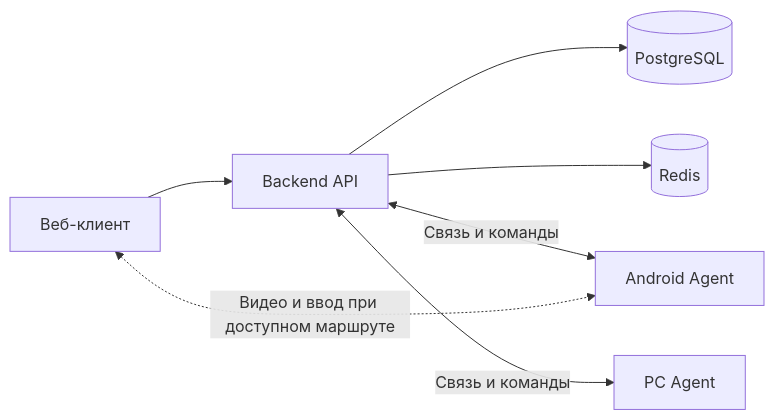
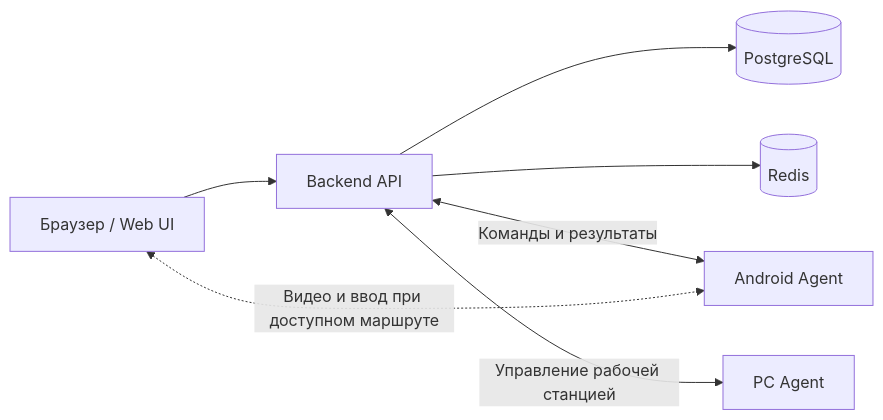
The diagram in README.md (RootOne1337/sphere-platform), drawn with Mermaid before and after one commit. The commit also changed other lines of this file, not shown here.

````diff
--- a/README.md
+++ b/README.md
@@ -31,9 +38,9 @@
 ```mermaid
 flowchart LR
-    Browser[Веб-клиент] --> API[Backend API]
+    Browser[Браузер / Web UI] --> API[Backend API]
     API --> DB[(PostgreSQL)]
     API --> Redis[(Redis)]
-    API <-->|Связь и команды| Android[Android Agent]
-    API <-->|Связь и команды| PC[PC Agent]
+    API <-->|Команды и результаты| Android[Android Agent]
+    API <-->|Управление рабочей станцией| PC[PC Agent]
     Browser <-.->|Видео и ввод при доступном маршруте| Android
 ```
````
